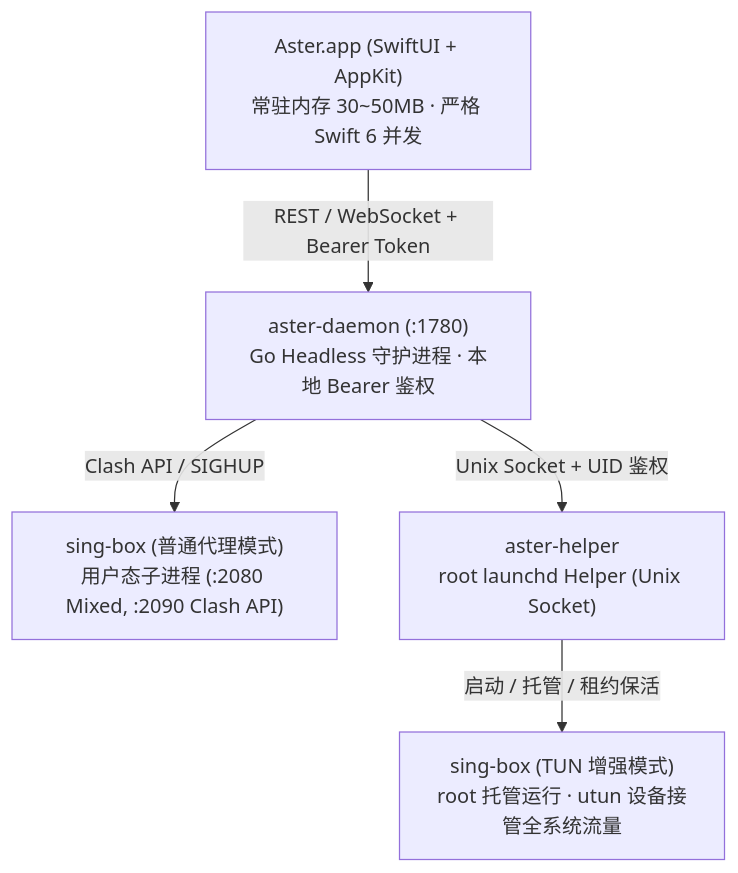
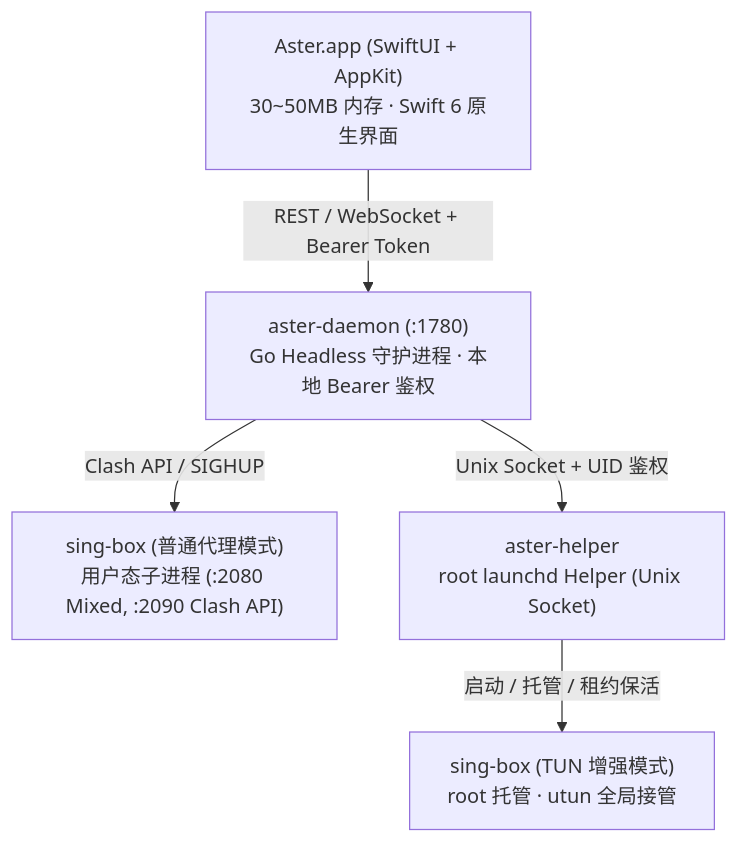
Before and after one commit to velctmo/Aster: the diagram in README.md, drawn with Mermaid. The commit also changed other lines of this file and 14 other files, not shown here.

````diff
--- a/README.md
+++ b/README.md
@@ -70,13 +63,13 @@
 ```mermaid
 graph TD
-    UI["Aster.app (SwiftUI + AppKit)<br/>常驻内存 30~50MB · 严格 Swift 6 并发"]
+    UI["Aster.app (SwiftUI + AppKit)<br/>30~50MB 内存 · Swift 6 原生界面"]
     DAEMON["aster-daemon (:1780)<br/>Go Headless 守护进程 · 本地 Bearer 鉴权"]
     CORE["sing-box (普通代理模式)<br/>用户态子进程 (:2080 Mixed, :2090 Clash API)"]
     HELPER["aster-helper<br/>root launchd Helper (Unix Socket)"]
-    TUN_CORE["sing-box (TUN 增强模式)<br/>root 托管运行 · utun 设备接管全系统流量"]
+    TUN_CORE["sing-box (TUN 增强模式)<br/>root 托管 · utun 全局接管"]
 
     UI -->|REST / WebSocket + Bearer Token| DAEMON
     DAEMON -->|Clash API / SIGHUP| CORE
     DAEMON -->|Unix Socket + UID 鉴权| HELPER
     HELPER -->|启动 / 托管 / 租约保活| TUN_CORE
 ```
````
